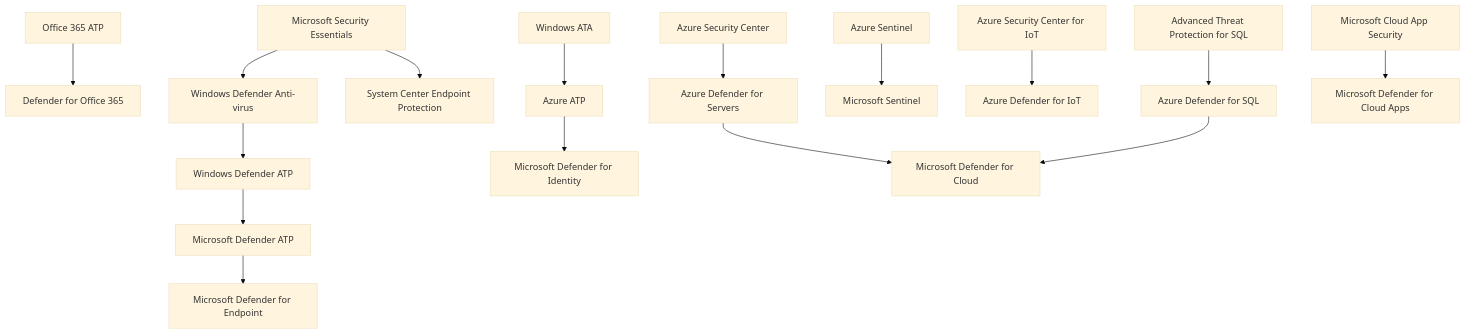
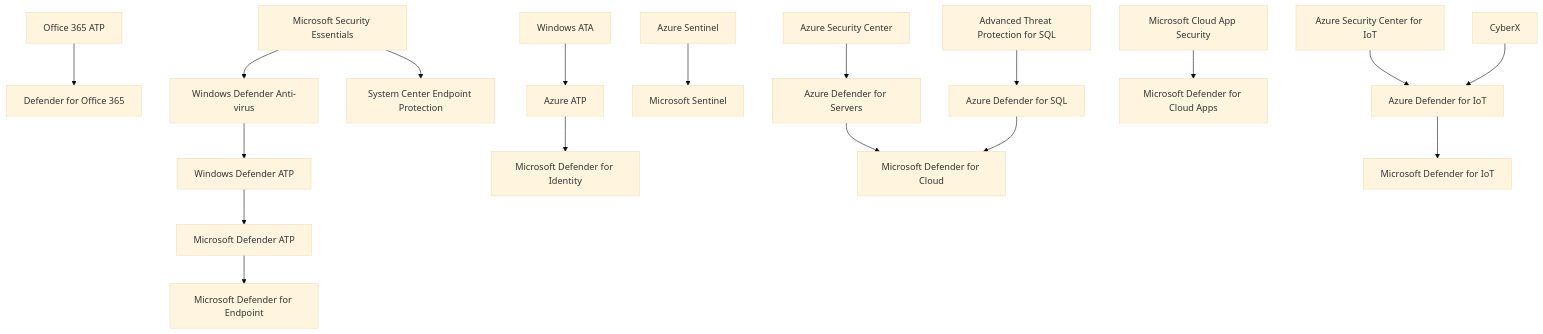
The first of 4 diagrams in README.md (jlaundry/MicrosoftNaming), drawn with Mermaid (base theme) before and after one commit.

````diff
--- a/README.md
+++ b/README.md
@@ -6,17 +6,19 @@
 ```mermaid
 graph TD;
 
     O365ATP[Office 365 ATP] --> DfO365[Defender for Office 365];
     MSE[Microsoft Security Essentials] --> WDAV[Windows Defender Anti-virus] --> WDATP[Windows Defender ATP] --> MDATP[Microsoft Defender ATP] --> MDfE[Microsoft Defender for Endpoint];
     MSE --> SCEP[System Center Endpoint Protection];
     WATA[Windows ATA] --> AATP[Azure ATP] --> MDfI[Microsoft Defender for Identity];
-    ASC[Azure Security Center] --> ADfS[Azure Defender for Servers] --> MDfC[Microsoft Defender for Cloud];
+
     ASentinel[Azure Sentinel] --> Sentinel[Microsoft Sentinel];
     
-    ASCfIoT[Azure Security Center for IoT] --> ADfIoT[Azure Defender for IoT];
-    
+    ASC[Azure Security Center] --> ADfS[Azure Defender for Servers] --> MDfC[Microsoft Defender for Cloud];
     ATPfSQL[Advanced Threat Protection for SQL] --> ADfSQL[Azure Defender for SQL] --> MDfC;
     
     MCAS[Microsoft Cloud App Security] --> MDfCA[Microsoft Defender for Cloud Apps];
+    
+    ASCfIoT[Azure Security Center for IoT] --> ADfIoT[Azure Defender for IoT] --> MDfIoT[Microsoft Defender for IoT];
+    CyberX --> ADfIoT
 
 ```
````
